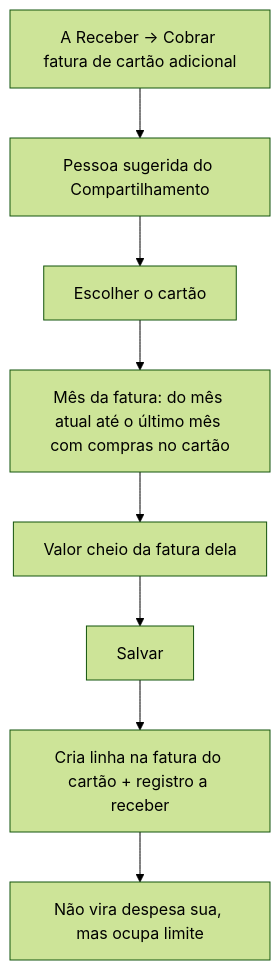
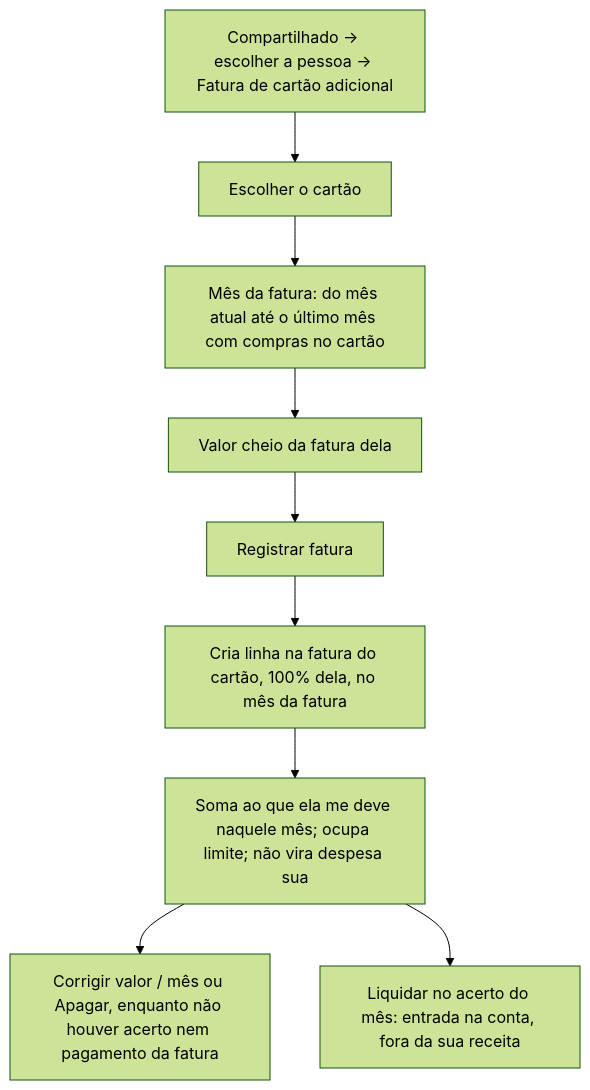
Before and after one commit to cascaoconcurseiro/Minhas-: the fourth of 6 diagrams in docs/produto/fluxos.md, drawn with Mermaid (forest theme). The commit also changed other lines of this file and 25 other files, not shown here.

First line of the commit message:
Move fatura de cartão adicional de A Receber para Compartilhado

````diff
--- a/docs/produto/fluxos.md
+++ b/docs/produto/fluxos.md
@@ -75,10 +75,11 @@
 ```mermaid
 flowchart TD
-    A[A Receber → Cobrar fatura de cartão adicional] --> B[Pessoa sugerida do Compartilhamento]
-    B --> C[Escolher o cartão]
+    A[Compartilhado → escolher a pessoa → Fatura de cartão adicional] --> C[Escolher o cartão]
     C --> D[Mês da fatura: do mês atual até o último mês com compras no cartão]
     D --> E[Valor cheio da fatura dela]
-    E --> F[Salvar]
-    F --> G[Cria linha na fatura do cartão + registro a receber]
-    G --> H[Não vira despesa sua, mas ocupa limite]
+    E --> F[Registrar fatura]
+    F --> G[Cria linha na fatura do cartão, 100% dela, no mês da fatura]
+    G --> H[Soma ao que ela me deve naquele mês; ocupa limite; não vira despesa sua]
+    H --> I[Corrigir valor / mês ou Apagar, enquanto não houver acerto nem pagamento da fatura]
+    H --> J[Liquidar no acerto do mês: entrada na conta, fora da sua receita]
 ```
````
